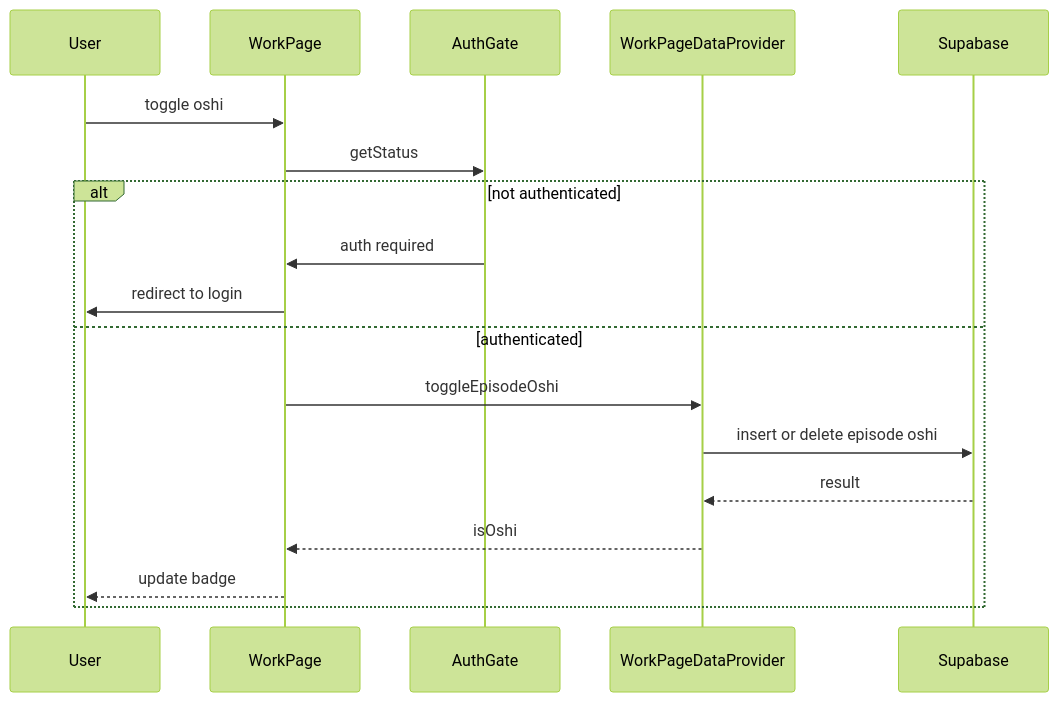
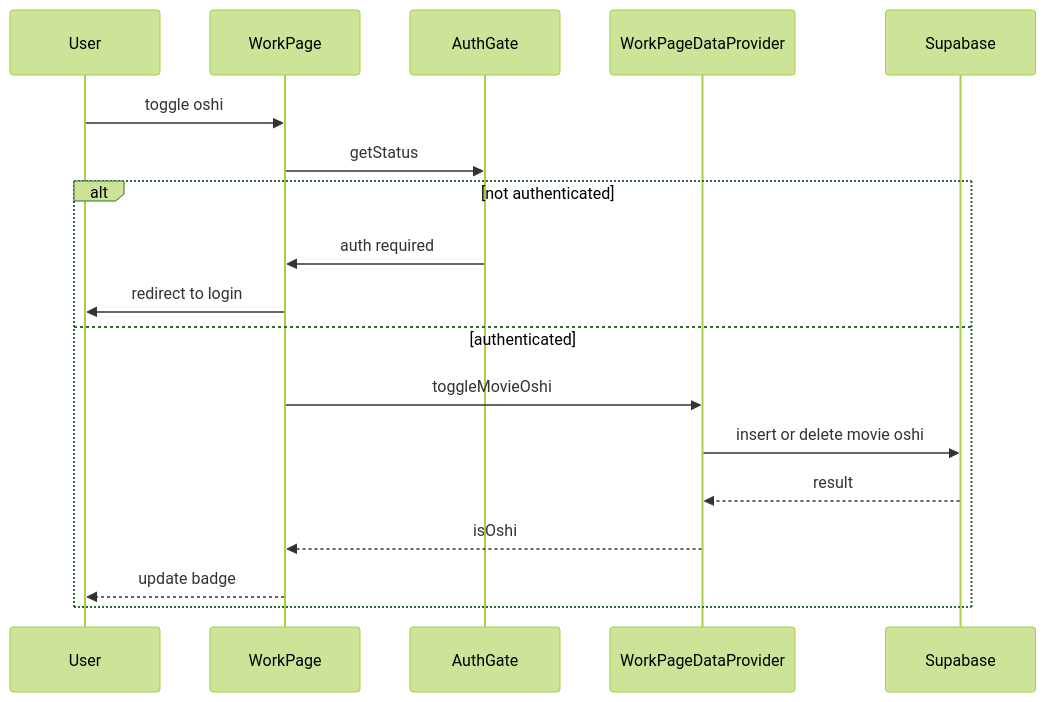
One commit to arinko39140/mangadouga changed the third of 3 diagrams in .kiro/specs/oshi-list-user-registration-registered-only/design.md. Above: the diagram before and after it, drawn with Mermaid (forest theme). The commit also changed other lines of this file and 12 other files, not shown here.

Commit message:
Align oshi flow with movie_oshi

````diff
--- a/.kiro/specs/oshi-list-user-registration-registered-only/design.md
+++ b/.kiro/specs/oshi-list-user-registration-registered-only/design.md
@@ -103,21 +103,21 @@
 ```mermaid
 sequenceDiagram
   participant User
   participant WorkPage
   participant AuthGate
   participant WorkPageDataProvider
   participant Supabase
 
   User ->> WorkPage: toggle oshi
   WorkPage ->> AuthGate: getStatus
   alt not authenticated
     AuthGate ->> WorkPage: auth required
     WorkPage ->> User: redirect to login
   else authenticated
-    WorkPage ->> WorkPageDataProvider: toggleEpisodeOshi
-    WorkPageDataProvider ->> Supabase: insert or delete episode oshi
+    WorkPage ->> WorkPageDataProvider: toggleMovieOshi
+    WorkPageDataProvider ->> Supabase: insert or delete movie oshi
     Supabase -->> WorkPageDataProvider: result
     WorkPageDataProvider -->> WorkPage: isOshi
     WorkPage -->> User: update badge
   end
 ```
````
